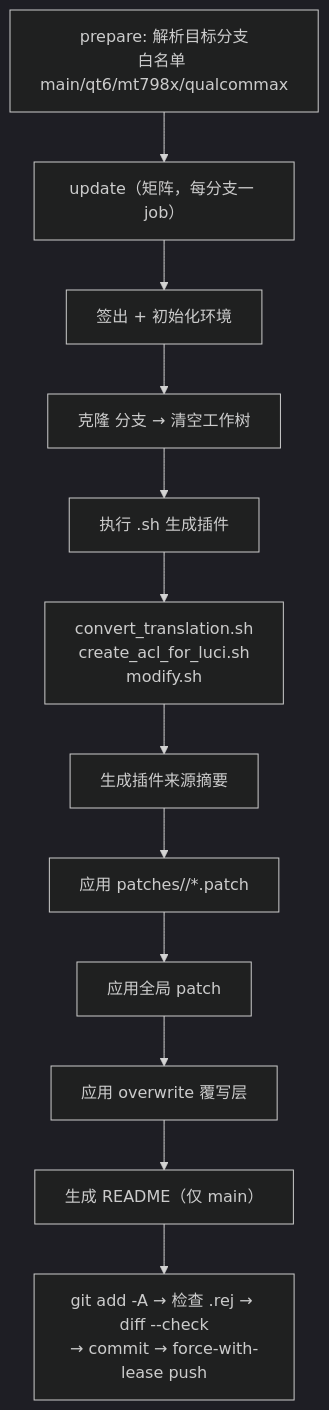
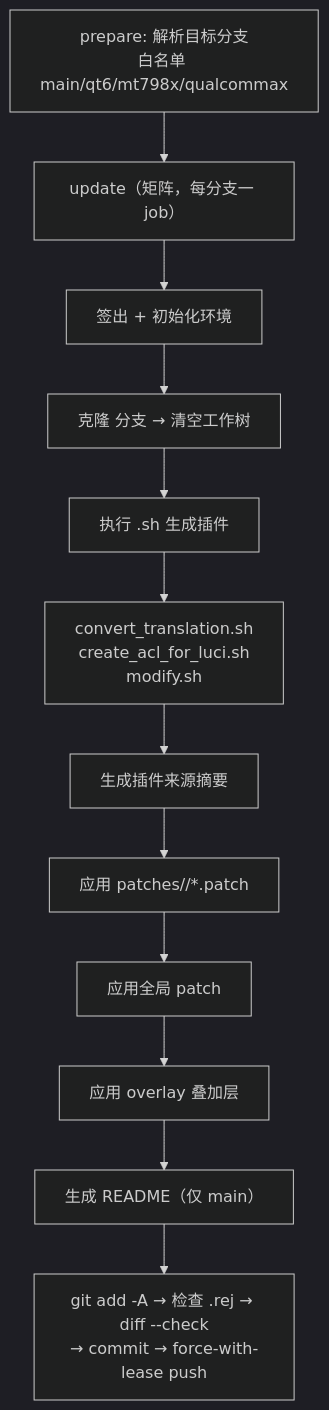
The sixth of 9 diagrams in docs/ci-flow.md (solarflows/AutoWorkFlows), drawn with Mermaid (dark theme) before and after one commit. The commit also changed other lines of this file and 2 other files, not shown here.

First line of the commit message:
docs: 对齐 6e1692f4 命名重构后的 workflow 与 overlay 引用

````diff
--- a/docs/ci-flow.md
+++ b/docs/ci-flow.md
@@ -264,14 +264,14 @@
 ```mermaid
 flowchart TD
     A["prepare: 解析目标分支<br/>白名单 main/qt6/mt798x/qualcommax"] --> B["update（矩阵，每分支一 job）"]
     B --> C["签出 + 初始化环境"]
     C --> D["克隆 <target> 分支 → 清空工作树"]
     D --> E["执行 <target>.sh 生成插件"]
     E --> F["convert_translation.sh<br/>create_acl_for_luci.sh<br/>modify.sh"]
     F --> G["生成插件来源摘要"]
     G --> H["应用 patches/<target>/*.patch"]
     H --> I["应用全局 patch"]
-    I --> J["应用 overwrite 覆写层"]
+    I --> J["应用 overlay 叠加层"]
     J --> K["生成 README（仅 main）"]
     K --> L["git add -A → 检查 .rej → diff --check<br/>→ commit → force-with-lease push"]
 ```
````
